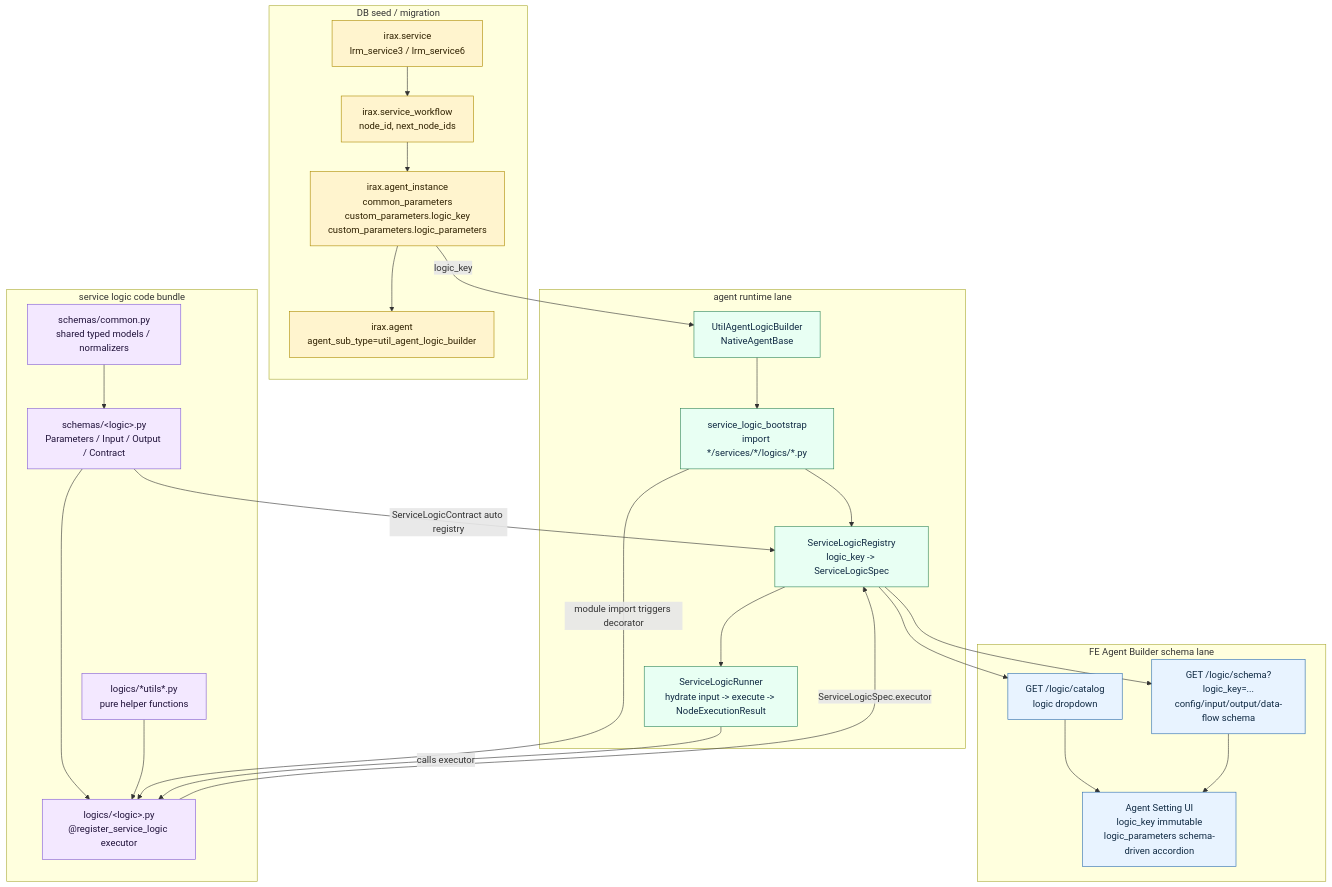
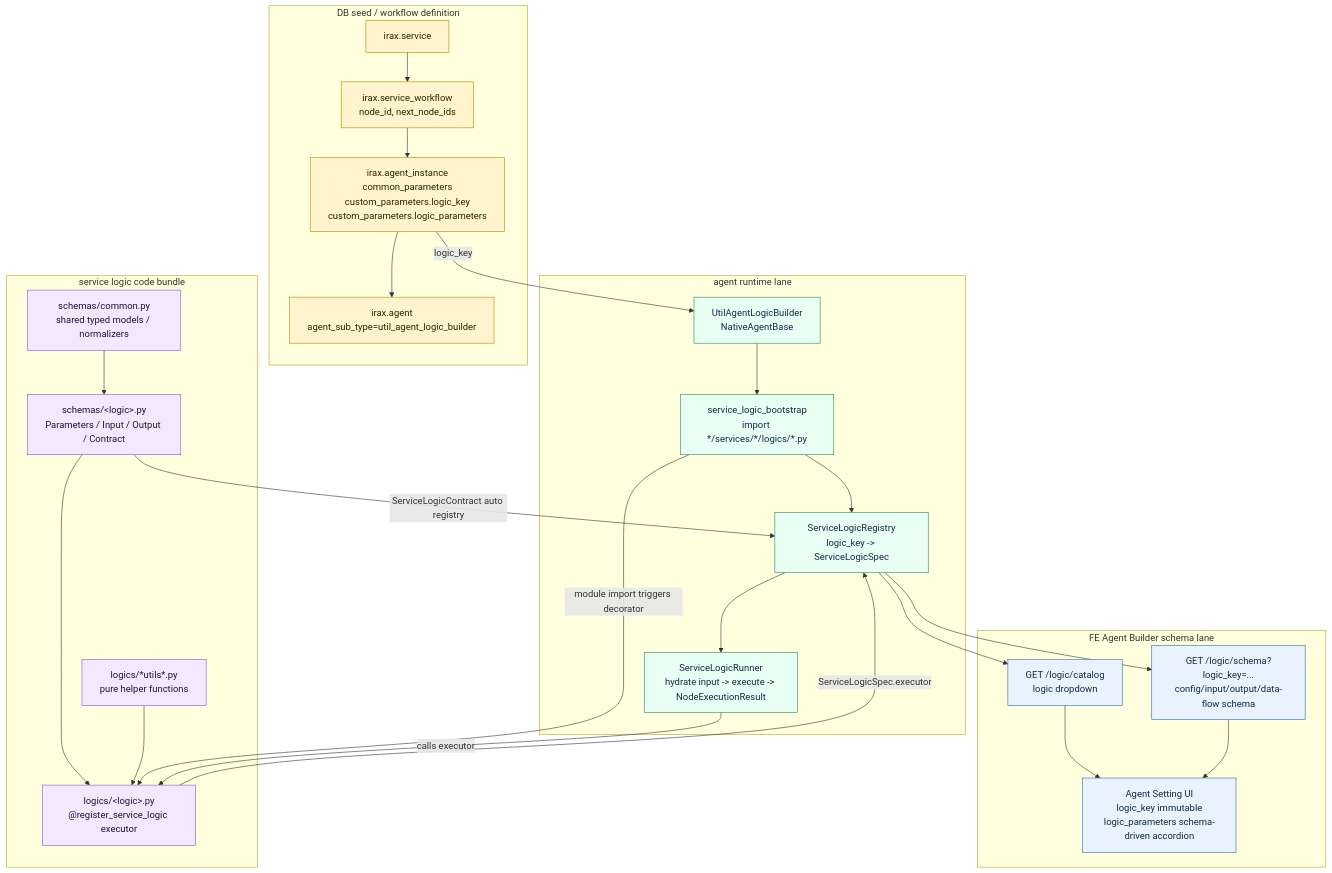
Before and after one commit to djoo-lgcns/dotfiles: the third of 8 diagrams in README.md, drawn with Mermaid. The commit also changed other lines of this file, not shown here.

````diff
--- a/README.md
+++ b/README.md
@@ -107,53 +93,53 @@
 ```mermaid
 flowchart TB
-  subgraph Seed["DB seed / migration"]
-    SVC["irax.service<br/>lrm_service3 / lrm_service6"]
+  subgraph Seed["DB seed / workflow definition"]
+    SVC["irax.service"]
     DAG["irax.service_workflow<br/>node_id, next_node_ids"]
     INST["irax.agent_instance<br/>common_parameters<br/>custom_parameters.logic_key<br/>custom_parameters.logic_parameters"]
     AG["irax.agent<br/>agent_sub_type=util_agent_logic_builder"]
     SVC --> DAG --> INST --> AG
   end
 
   subgraph Builder["FE Agent Builder schema lane"]
     CAT["GET /logic/catalog<br/>logic dropdown"]
     SCH["GET /logic/schema?logic_key=...<br/>config/input/output/data-flow schema"]
     UI["Agent Setting UI<br/>logic_key immutable<br/>logic_parameters schema-driven accordion"]
     CAT --> UI
     SCH --> UI
   end
 
   subgraph Runtime["agent runtime lane"]
     LB["UtilAgentLogicBuilder<br/>NativeAgentBase"]
     BOOT["service_logic_bootstrap<br/>import */services/*/logics/*.py"]
     REG["ServiceLogicRegistry<br/>logic_key -> ServiceLogicSpec"]
     RUNNER["ServiceLogicRunner<br/>hydrate input -> execute -> NodeExecutionResult"]
     LB --> BOOT --> REG --> RUNNER
   end
 
   subgraph Code["service logic code bundle"]
     COMMON["schemas/common.py<br/>shared typed models / normalizers"]
     SCHEMA["schemas/&lt;logic&gt;.py<br/>Parameters / Input / Output / Contract"]
     LOGIC["logics/&lt;logic&gt;.py<br/>@register_service_logic executor"]
     HELPER["logics/*utils*.py<br/>pure helper functions"]
     COMMON --> SCHEMA
     SCHEMA --> LOGIC
     HELPER --> LOGIC
   end
 
   INST -->|logic_key| LB
   REG --> CAT
   REG --> SCH
   BOOT -->|module import triggers decorator| LOGIC
   SCHEMA -->|ServiceLogicContract auto registry| REG
   LOGIC -->|ServiceLogicSpec.executor| REG
   RUNNER -->|calls executor| LOGIC
 
   classDef db fill:#fff4ce,stroke:#ad8b00,color:#2f2100
   classDef ui fill:#e8f3ff,stroke:#2b6cb0,color:#102a43
   classDef run fill:#e8fff3,stroke:#2f855a,color:#102a43
   classDef code fill:#f3e8ff,stroke:#805ad5,color:#20123a
   class SVC,DAG,INST,AG db
   class CAT,SCH,UI ui
   class LB,BOOT,REG,RUNNER run
   class COMMON,SCHEMA,LOGIC,HELPER code
 ```
````
